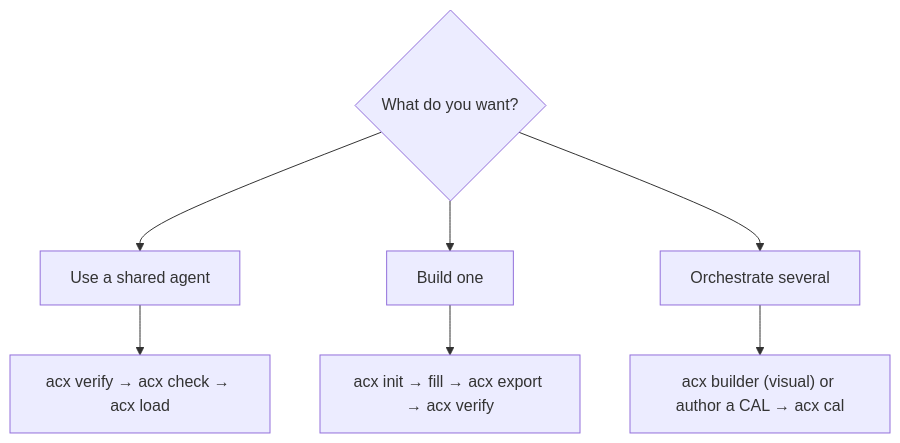
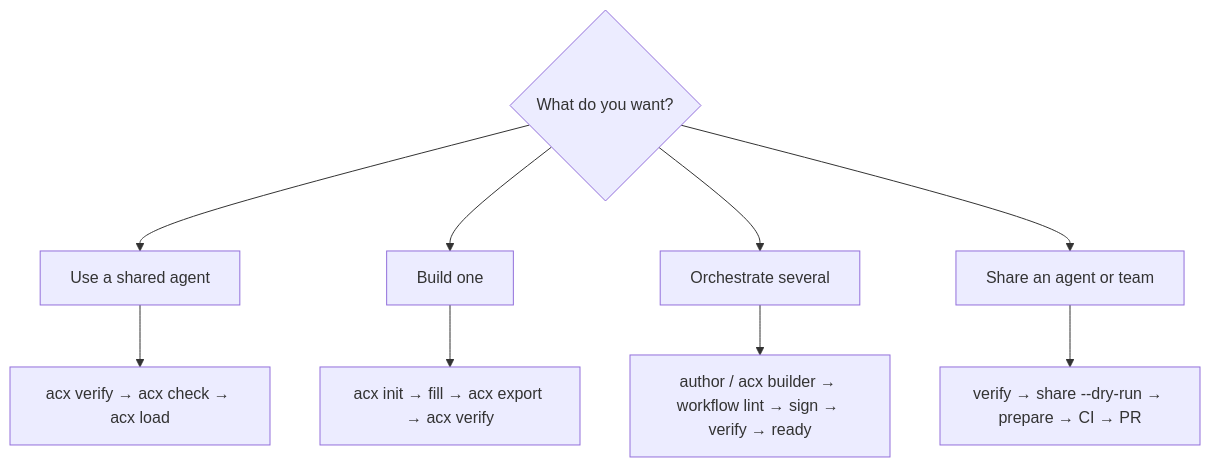
The diagram in docs-site/docs/reference/for-agents.md (lboel/acx), drawn with Mermaid before and after one commit. The commit also changed other lines of this file and 66 other files, not shown here.

Commit message:
feat(acx): publish agent sharing standard

````diff
--- a/docs-site/docs/reference/for-agents.md
+++ b/docs-site/docs/reference/for-agents.md
@@ -41,9 +51,11 @@
 ```mermaid
 flowchart TD
   Q{What do you want?} --> use[Use a shared agent]
   Q --> make[Build one]
   Q --> team[Orchestrate several]
+  Q --> share[Share an agent or team]
   use --> v["acx verify → acx check → acx load"]
   make --> i["acx init → fill → acx export → acx verify"]
-  team --> c["acx builder (visual) or author a CAL → acx cal"]
+  team --> c["author / acx builder → workflow lint → sign → verify → ready"]
+  share --> s["verify → share --dry-run → prepare → CI → PR"]
 ```
````
